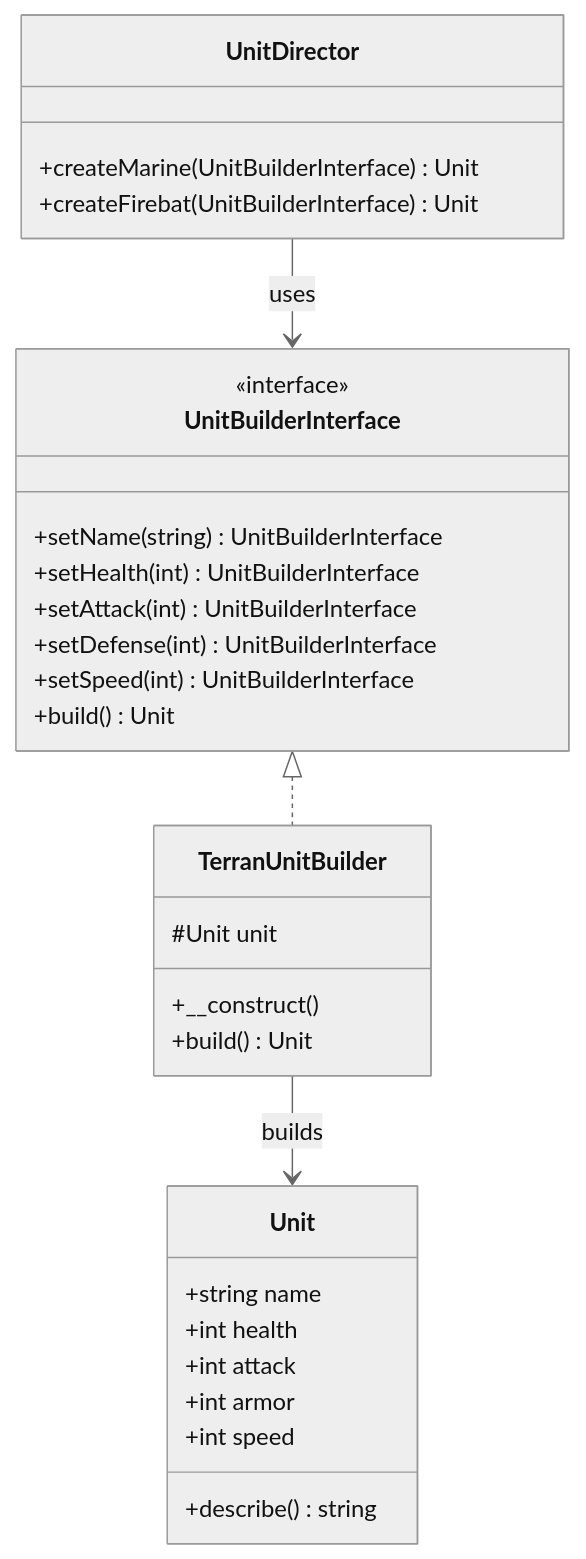
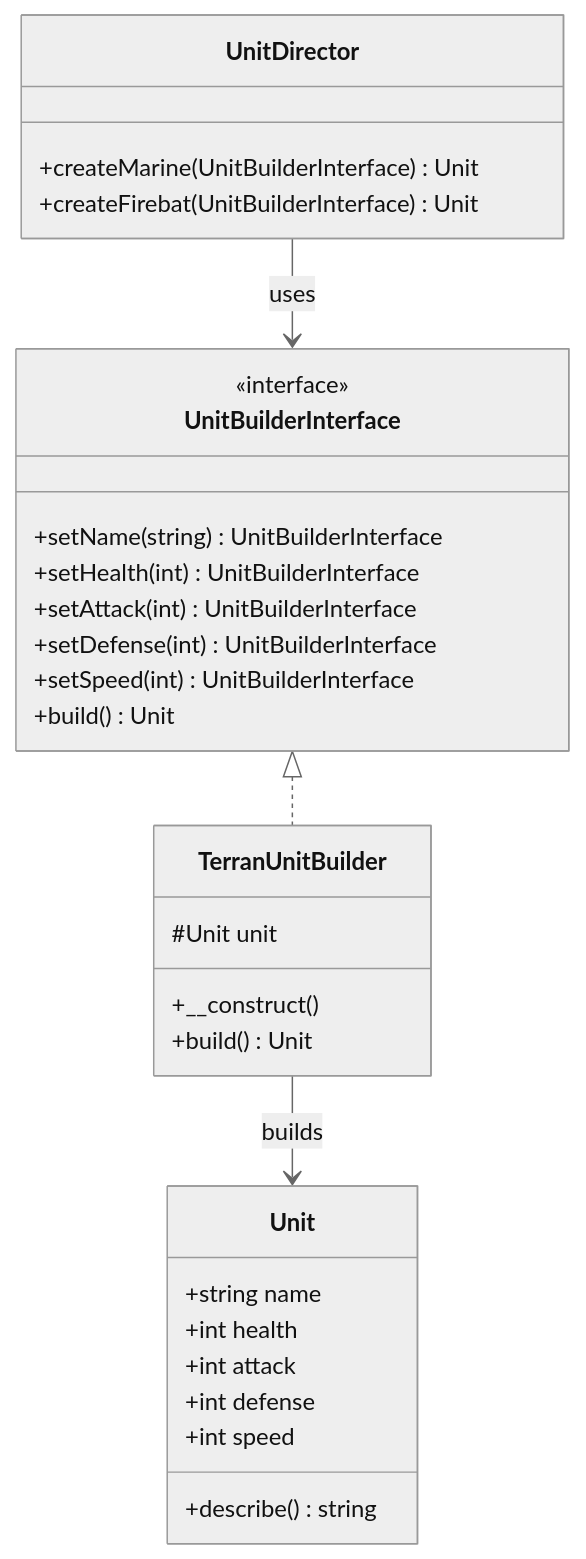
One commit to YenShiangGao/DesignPatternExample changed the diagram in docs/creational/builder.md. Above: the diagram before and after it, drawn with Mermaid (neutral theme). The commit also changed other lines of this file and 3 other files, not shown here.

````diff
--- a/docs/creational/builder.md
+++ b/docs/creational/builder.md
@@ -176,32 +178,32 @@
 ```mermaid
 classDiagram
     class UnitBuilderInterface {
         <<interface>>
         +setName(string) UnitBuilderInterface
         +setHealth(int) UnitBuilderInterface
         +setAttack(int) UnitBuilderInterface
         +setDefense(int) UnitBuilderInterface
         +setSpeed(int) UnitBuilderInterface
         +build() Unit
     }
     class TerranUnitBuilder {
         #Unit unit
         +__construct()
         +build() Unit
     }
     class Unit {
         +string name
         +int health
         +int attack
-        +int armor
+        +int defense
         +int speed
         +describe() string
     }
     class UnitDirector {
         +createMarine(UnitBuilderInterface) Unit
         +createFirebat(UnitBuilderInterface) Unit
     }
     UnitBuilderInterface <|.. TerranUnitBuilder
     TerranUnitBuilder --> Unit : builds
     UnitDirector --> UnitBuilderInterface : uses
 ```
````
